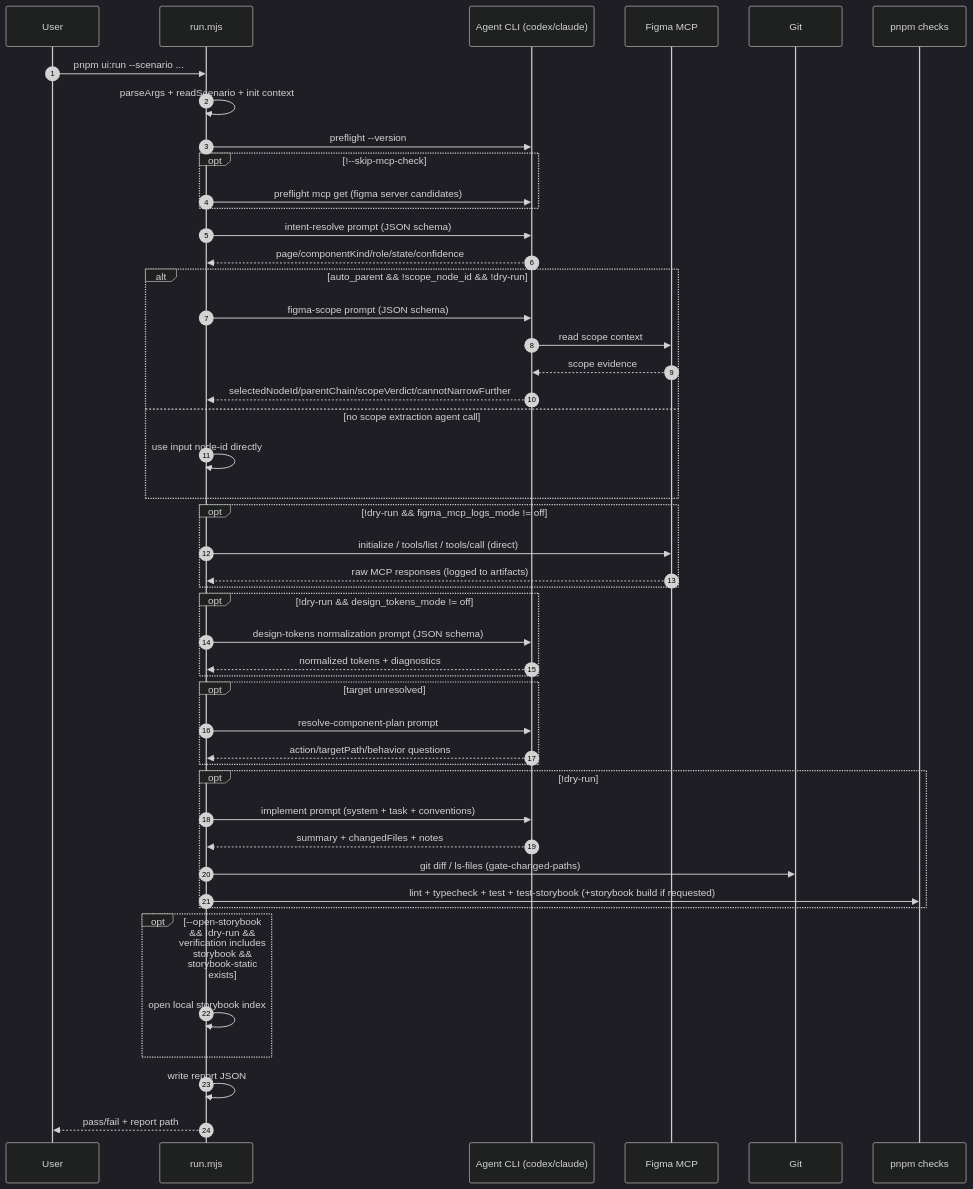
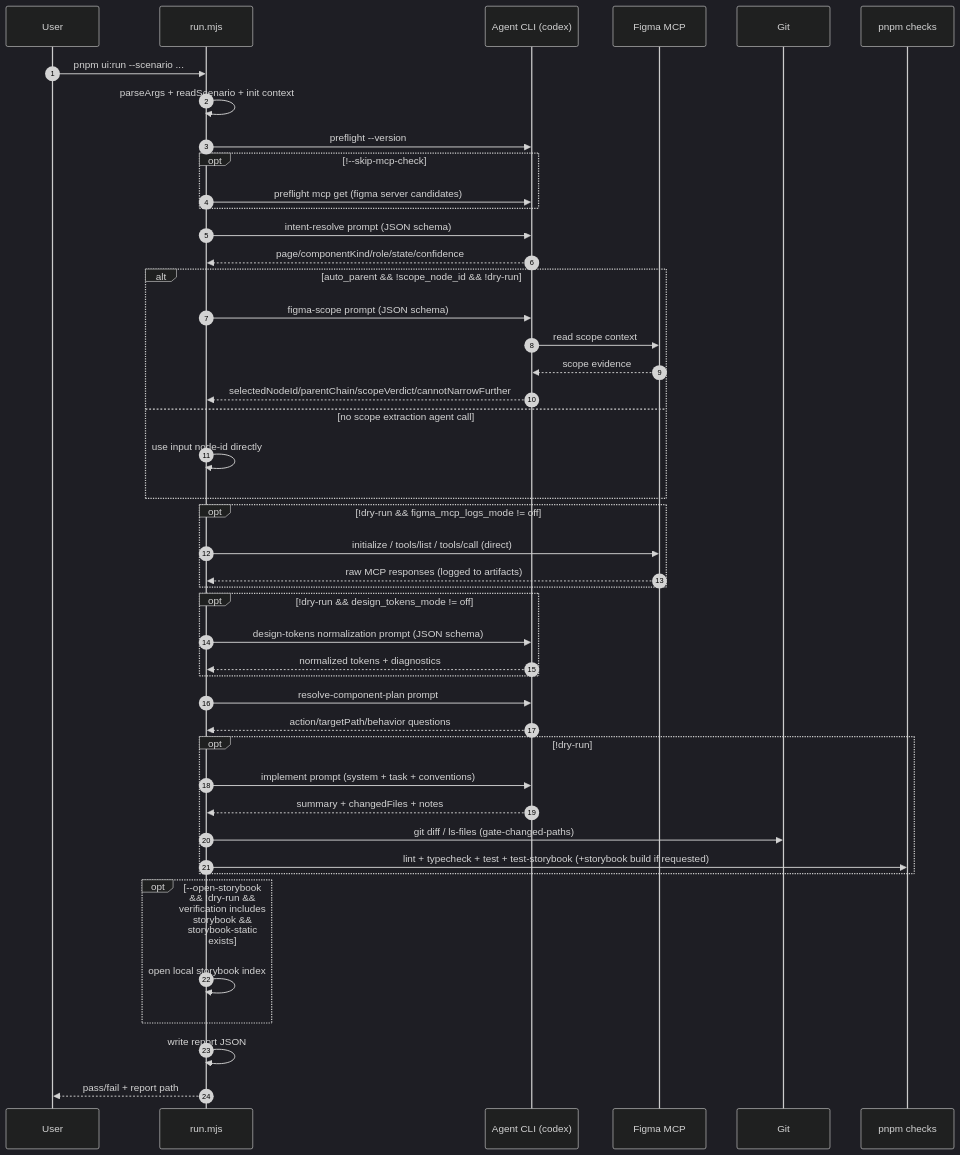
The second of 4 diagrams in orchestration/ui-components/README.md (TEAM-HOUME/HOUME-CLIENT), drawn with Mermaid (dark theme) before and after one commit. The commit also changed other lines of this file and 10 other files, not shown here.

Commit message:
chore: Claude 지원 제거 및 Codex 단일화

````diff
--- a/orchestration/ui-components/README.md
+++ b/orchestration/ui-components/README.md
@@ -118,61 +118,59 @@
 ```mermaid
 sequenceDiagram
   autonumber
   participant U as User
   participant R as run.mjs
-  participant A as Agent CLI (codex/claude)
+  participant A as Agent CLI (codex)
   participant M as Figma MCP
   participant G as Git
   participant P as pnpm checks
 
   U->>R: pnpm ui:run --scenario ...
   R->>R: parseArgs + readScenario + init context
   R->>A: preflight --version
 
   opt !--skip-mcp-check
     R->>A: preflight mcp get (figma server candidates)
   end
 
   R->>A: intent-resolve prompt (JSON schema)
   A-->>R: page/componentKind/role/state/confidence
 
   alt auto_parent && !scope_node_id && !dry-run
     R->>A: figma-scope prompt (JSON schema)
     A->>M: read scope context
     M-->>A: scope evidence
     A-->>R: selectedNodeId/parentChain/scopeVerdict/cannotNarrowFurther
   else no scope extraction agent call
     R->>R: use input node-id directly
   end
 
   opt !dry-run && figma_mcp_logs_mode != off
     R->>M: initialize / tools/list / tools/call (direct)
     M-->>R: raw MCP responses (logged to artifacts)
   end
 
   opt !dry-run && design_tokens_mode != off
     R->>A: design-tokens normalization prompt (JSON schema)
     A-->>R: normalized tokens + diagnostics
   end
 
-  opt target unresolved
-    R->>A: resolve-component-plan prompt
-    A-->>R: action/targetPath/behavior questions
-  end
+  R->>A: resolve-component-plan prompt
+  A-->>R: action/targetPath/behavior questions
 
   opt !dry-run
     R->>A: implement prompt (system + task + conventions)
     A-->>R: summary + changedFiles + notes
 
     R->>G: git diff / ls-files (gate-changed-paths)
 
     R->>P: lint + typecheck + test + test-storybook (+storybook build if requested)
   end
 
   opt --open-storybook && !dry-run && verification includes storybook && storybook-static exists
     R->>R: open local storybook index
   end
 
   R->>R: write report JSON
   R-->>U: pass/fail + report path
 ```
````
